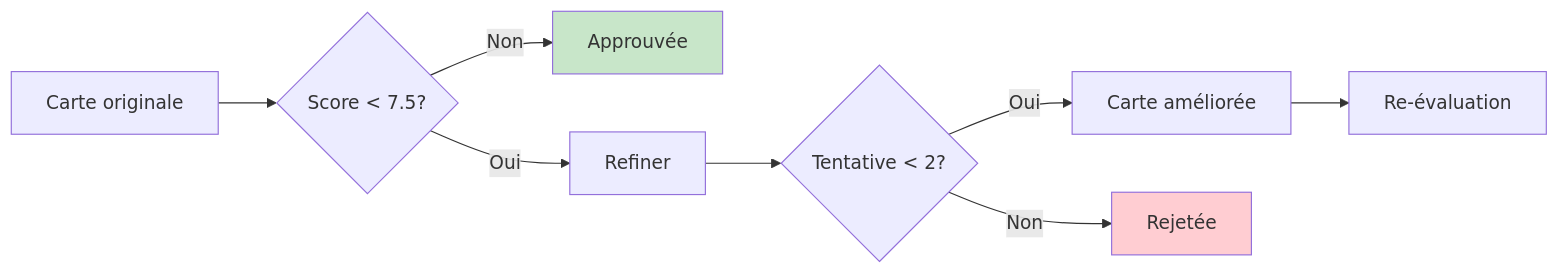
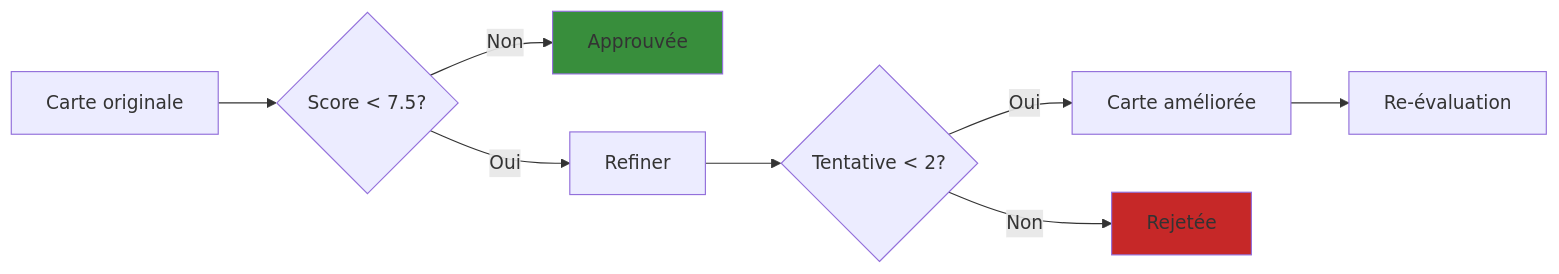
The seventh of 7 diagrams in src/content/docs/architecture/generation-cartes.mdx (mindlet-app/docs), drawn with Mermaid before and after one commit. The commit also changed other lines of this file and 17 other files, not shown here.

First line of the commit message:
feat: Update Mermaid diagrams and enhance documentation clarity

````diff
--- a/src/content/docs/architecture/generation-cartes.mdx
+++ b/src/content/docs/architecture/generation-cartes.mdx
@@ -350,13 +883,13 @@
 ```mermaid
 graph LR
     A[Carte originale] --> B{Score < 7.5?}
     B -->|Non| C[Approuvée]
     B -->|Oui| D[Refiner]
     D --> E{Tentative < 2?}
     E -->|Oui| F[Carte améliorée]
     F --> G[Re-évaluation]
     E -->|Non| H[Rejetée]
     
-    style C fill:#c8e6c9
-    style H fill:#ffcdd2
+    style C fill:#388e3c
+    style H fill:#c62828
 ```
````
